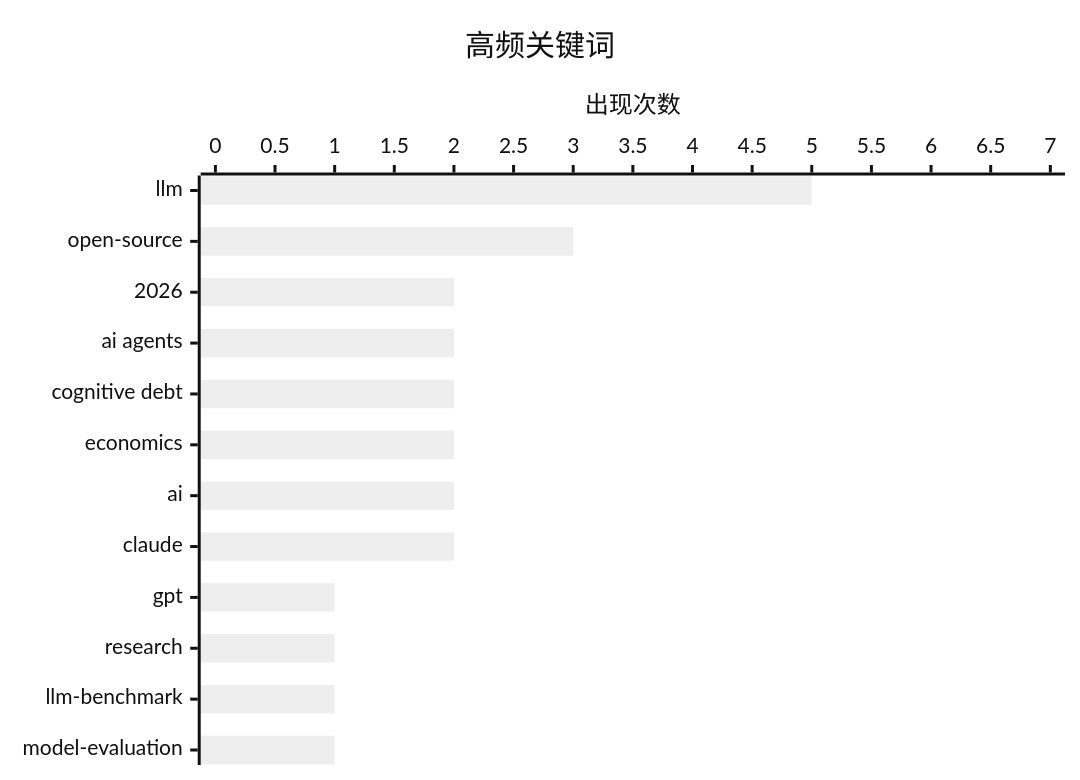
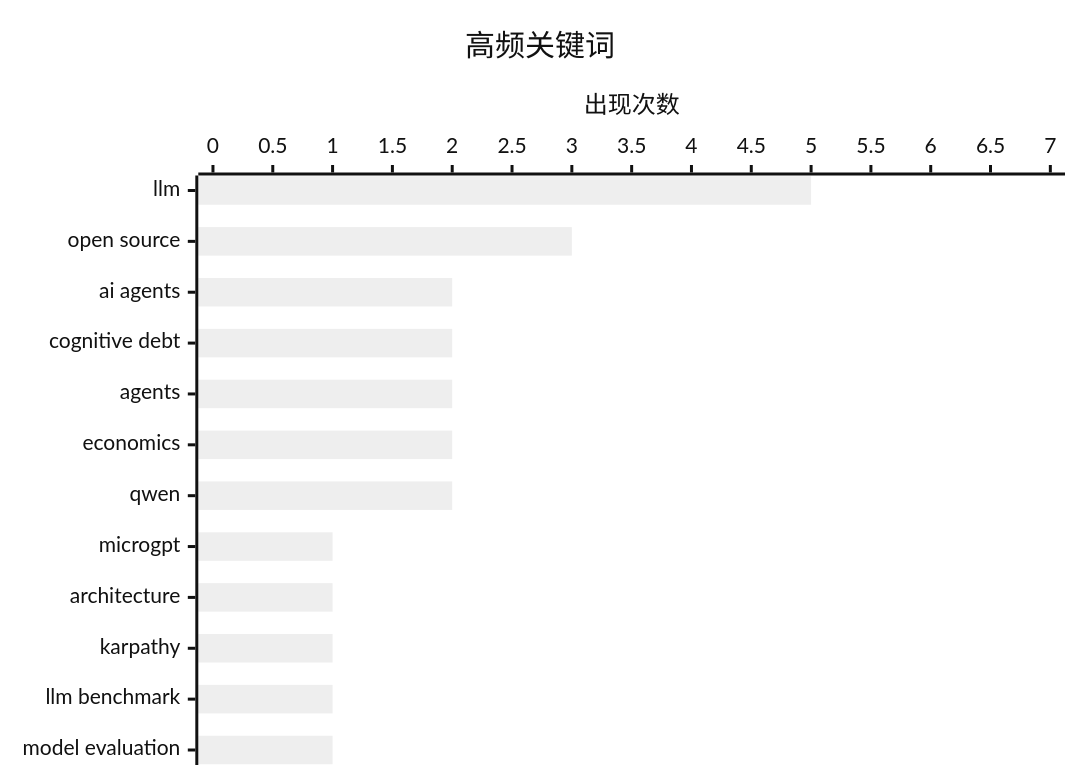
The second of 2 diagrams in digests/digest-20260301.md (AustinWp/ai-daily-digest), drawn with Mermaid (neutral theme) before and after one commit. The commit also changed other lines of this file, not shown here.

````diff
--- a/digests/digest-20260301.md
+++ b/digests/digest-20260301.md
@@ -198,7 +356,7 @@
 ```mermaid
 xychart-beta horizontal
     title "高频关键词"
-    x-axis ["llm", "open-source", "2026", "ai agents", "cognitive debt", "economics", "ai", "claude", "gpt", "research", "llm-benchmark", "model-evaluation"]
+    x-axis ["llm", "open source", "ai agents", "cognitive debt", "agents", "economics", "qwen", "microgpt", "architecture", "karpathy", "llm benchmark", "model evaluation"]
     y-axis "出现次数" 0 --> 7
-    bar [5, 3, 2, 2, 2, 2, 2, 2, 1, 1, 1, 1]
+    bar [5, 3, 2, 2, 2, 2, 2, 1, 1, 1, 1, 1]
 ```
````
